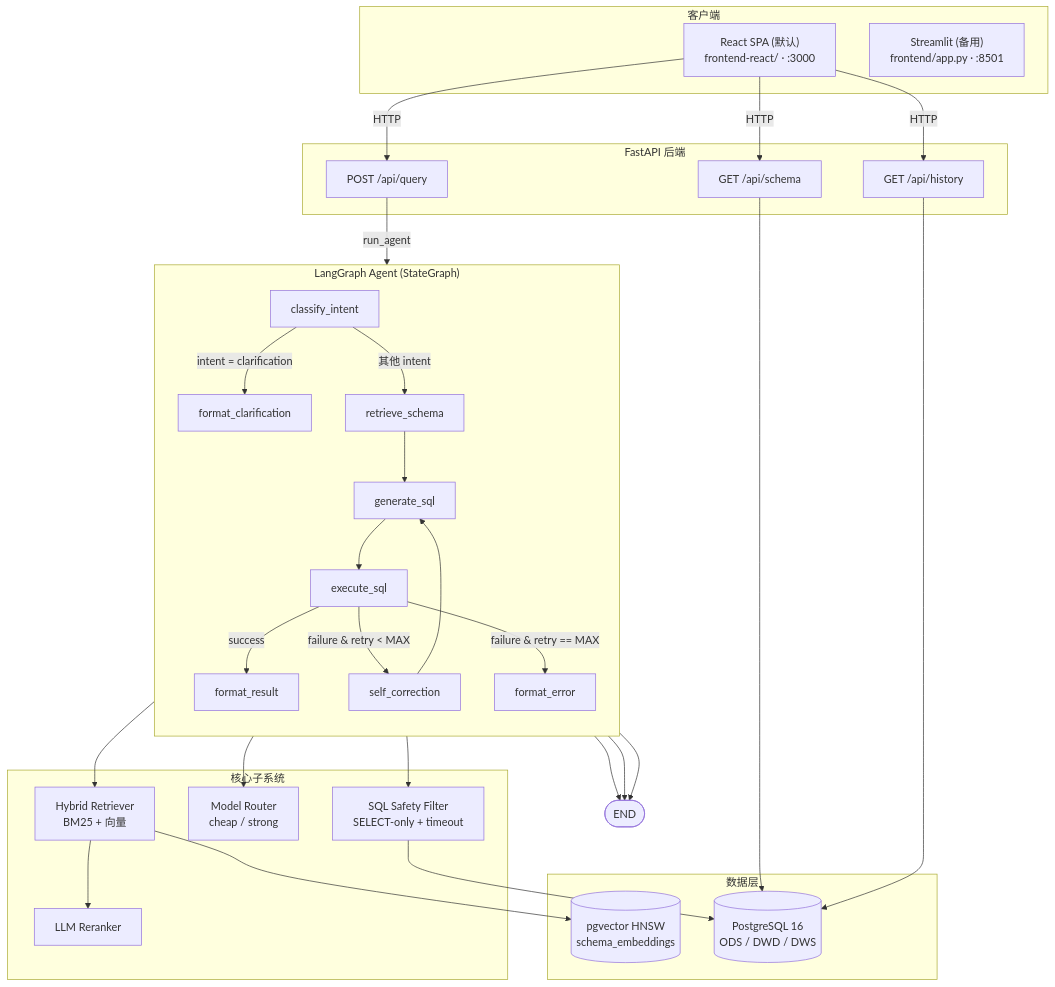
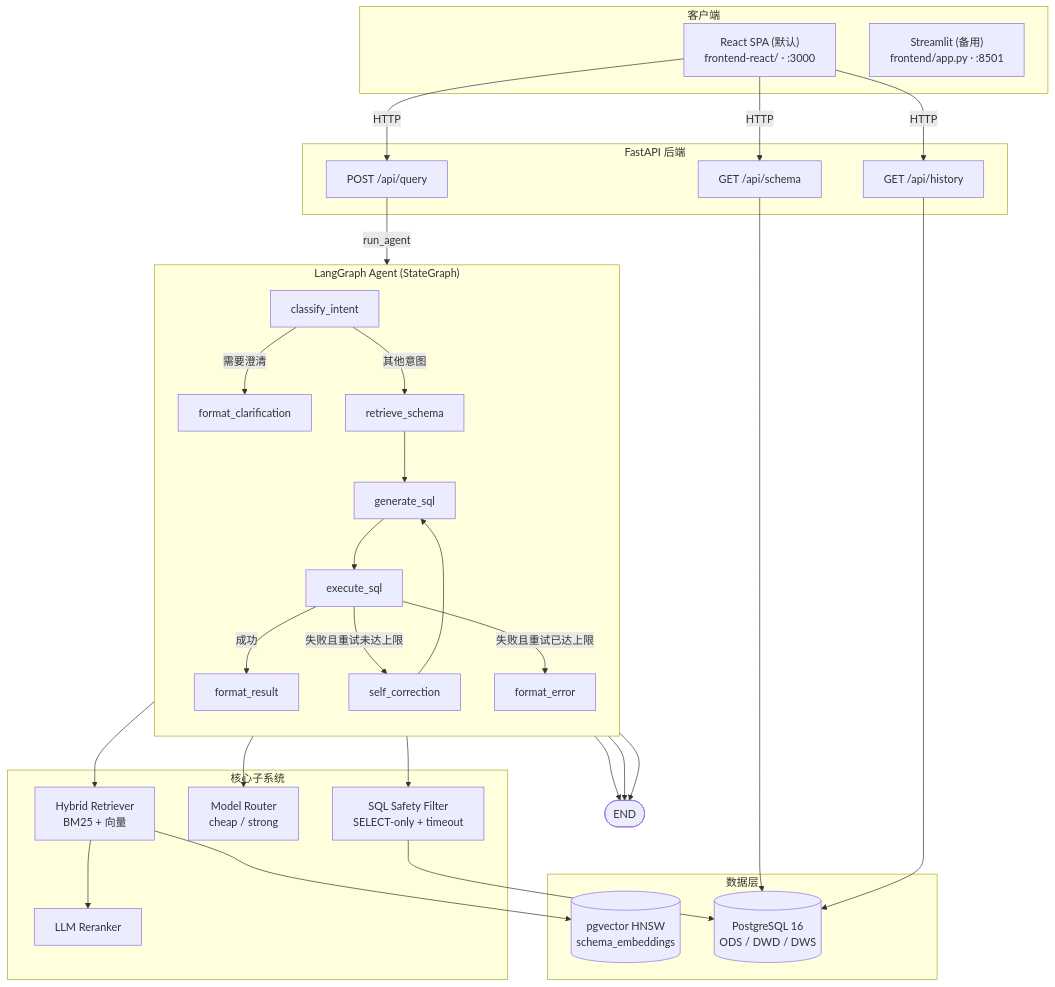
The diagram in README.md (shuheng-mo/Elytra), drawn with Mermaid before and after one commit. The commit also changed other lines of this file and 52 other files, not shown here.

````diff
--- a/README.md
+++ b/README.md
@@ -81,64 +81,64 @@
 ```mermaid
 flowchart TB
     subgraph Client["客户端"]
         UI["React SPA (默认)<br/>frontend-react/ · :3000"]
         UI2["Streamlit (备用)<br/>frontend/app.py · :8501"]
     end
 
     subgraph API["FastAPI 后端"]
         QApi["POST /api/query"]
         SApi["GET /api/schema"]
         HApi["GET /api/history"]
     end
 
     subgraph Agent["LangGraph Agent (StateGraph)"]
         direction TB
         Intent["classify_intent"]
         Clarify["format_clarification"]
         Retrieve["retrieve_schema"]
         Gen["generate_sql"]
         Exec["execute_sql"]
         Correct["self_correction"]
         Result["format_result"]
         Err["format_error"]
 
-        Intent -- "intent = clarification" --> Clarify
-        Intent -- "其他 intent" --> Retrieve
+        Intent -- "需要澄清" --> Clarify
+        Intent -- "其他意图" --> Retrieve
         Retrieve --> Gen
         Gen --> Exec
-        Exec -- "success" --> Result
-        Exec -- "failure & retry < MAX" --> Correct
+        Exec -- "成功" --> Result
+        Exec -- "失败且重试未达上限" --> Correct
         Correct --> Gen
-        Exec -- "failure & retry == MAX" --> Err
+        Exec -- "失败且重试已达上限" --> Err
     end
 
     subgraph Sub["核心子系统"]
         Hybrid["Hybrid Retriever<br/>BM25 + 向量"]
         Rerank["LLM Reranker"]
         Router["Model Router<br/>cheap / strong"]
         Safety["SQL Safety Filter<br/>SELECT-only + timeout"]
     end
 
     subgraph Data["数据层"]
         PG[("PostgreSQL 16<br/>ODS / DWD / DWS")]
         Vec[("pgvector HNSW<br/>schema_embeddings")]
     end
 
     UI -->|HTTP| QApi
     UI -->|HTTP| SApi
     UI -->|HTTP| HApi
     QApi -->|run_agent| Intent
     SApi --> PG
     HApi --> PG
 
     Retrieve --> Hybrid
     Hybrid --> Rerank
     Hybrid --> Vec
     Gen --> Router
     Exec --> Safety
     Safety --> PG
 
-    Clarify --> END0(["END"])
-    Result --> END0
-    Err --> END0
+    Clarify --> Done(["END"])
+    Result --> Done
+    Err --> Done
 ```
````
